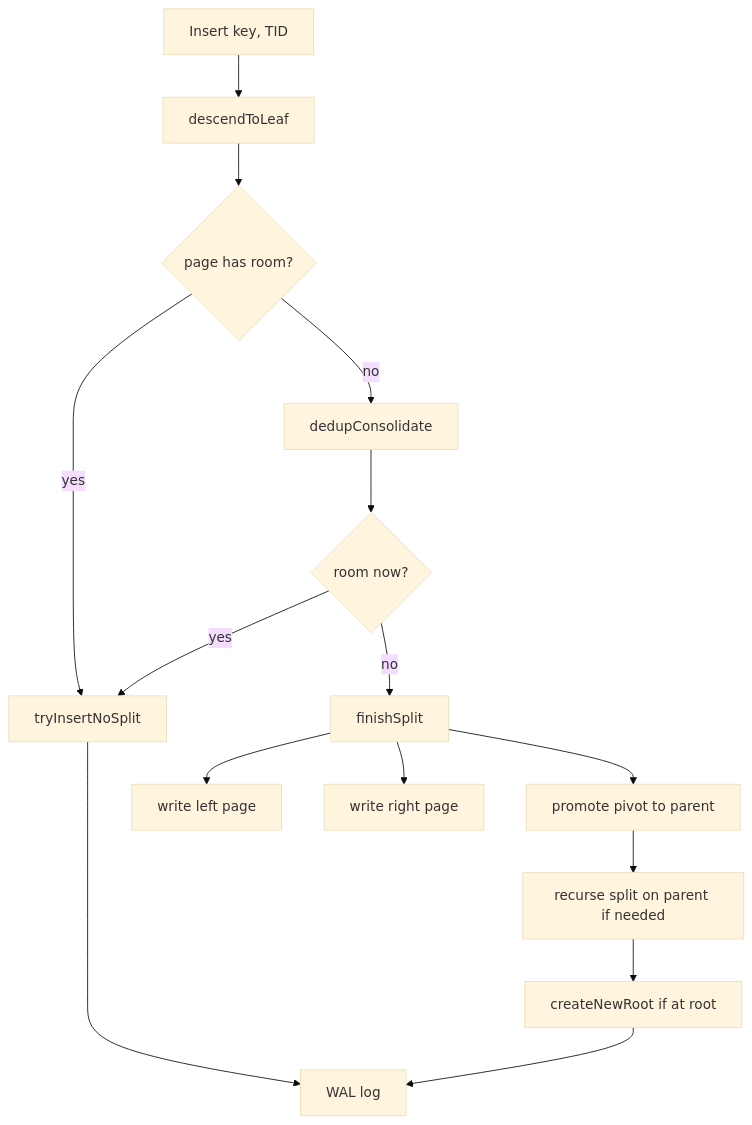
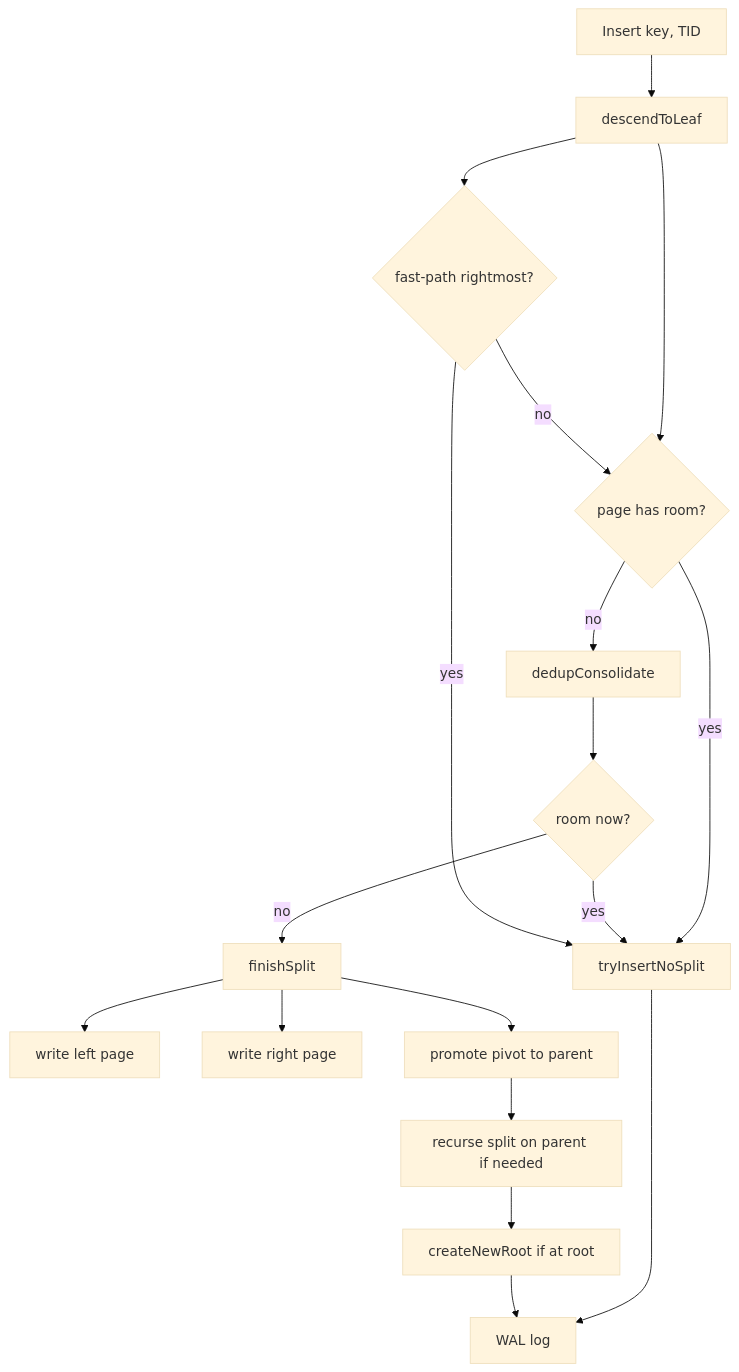
Before and after one commit to ryogrid/goopg: the fourth of 6 diagrams in docs/wiki/modules/nbtree.md, drawn with Mermaid (base theme). The commit also changed other lines of this file and 20 other files, not shown here.

Commit message:
docs(wiki): second expansion pass — all 21 module docs ~2x again (total 14.8k lines, 138 mermaid blocks) — M-NIGHTLY

````diff
--- a/docs/wiki/modules/nbtree.md
+++ b/docs/wiki/modules/nbtree.md
@@ -170,17 +263,20 @@
 ```mermaid
 flowchart TD
     I[Insert key, TID] --> D[descendToLeaf]
     D --> C{page has room?}
     C -- yes --> NS[tryInsertNoSplit]
     C -- no --> DEDUP[dedupConsolidate]
     DEDUP --> C2{room now?}
     C2 -- yes --> NS
     C2 -- no --> SPLIT[finishSplit]
     SPLIT --> L[write left page]
     SPLIT --> R[write right page]
     SPLIT --> P[promote pivot to parent]
     P --> PR[recurse split on parent if needed]
     PR --> RN[createNewRoot if at root]
     NS --> W[WAL log]
     RN --> W
+    D --> FAST{fast-path rightmost?}
+    FAST -- yes --> NS
+    FAST -- no --> C
 ```
````
